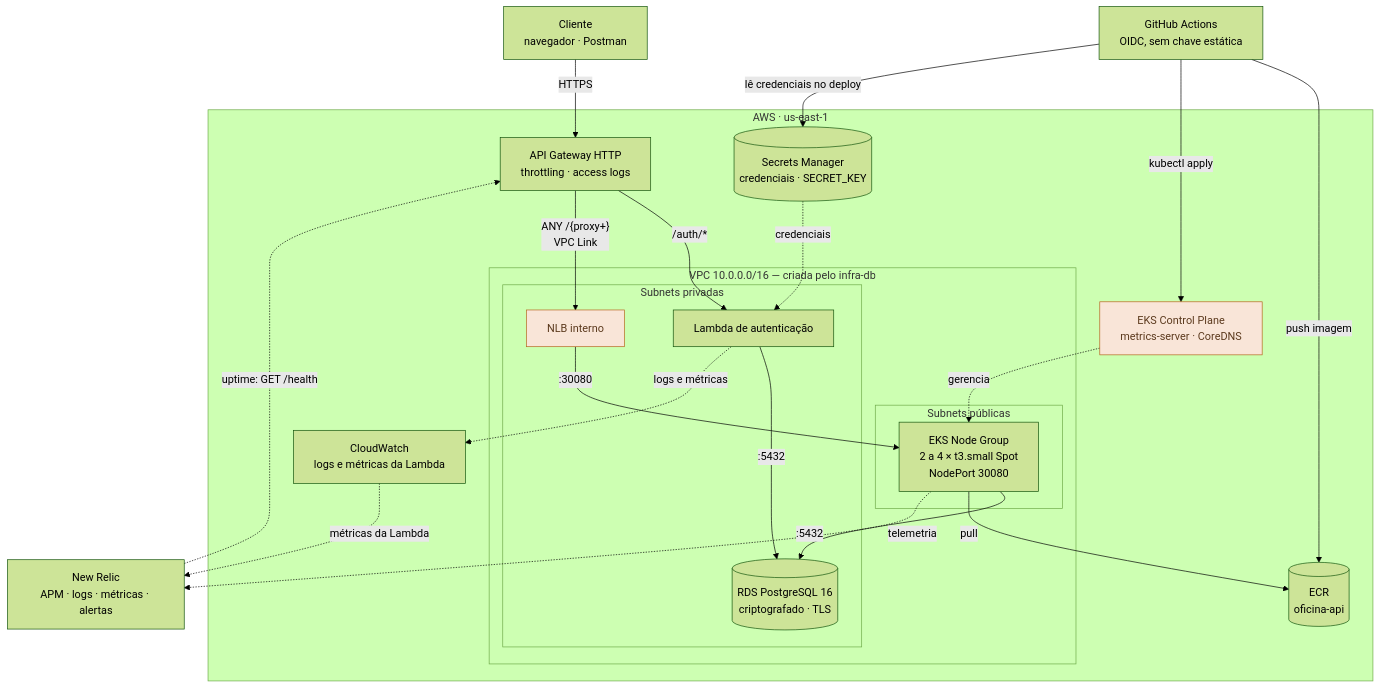
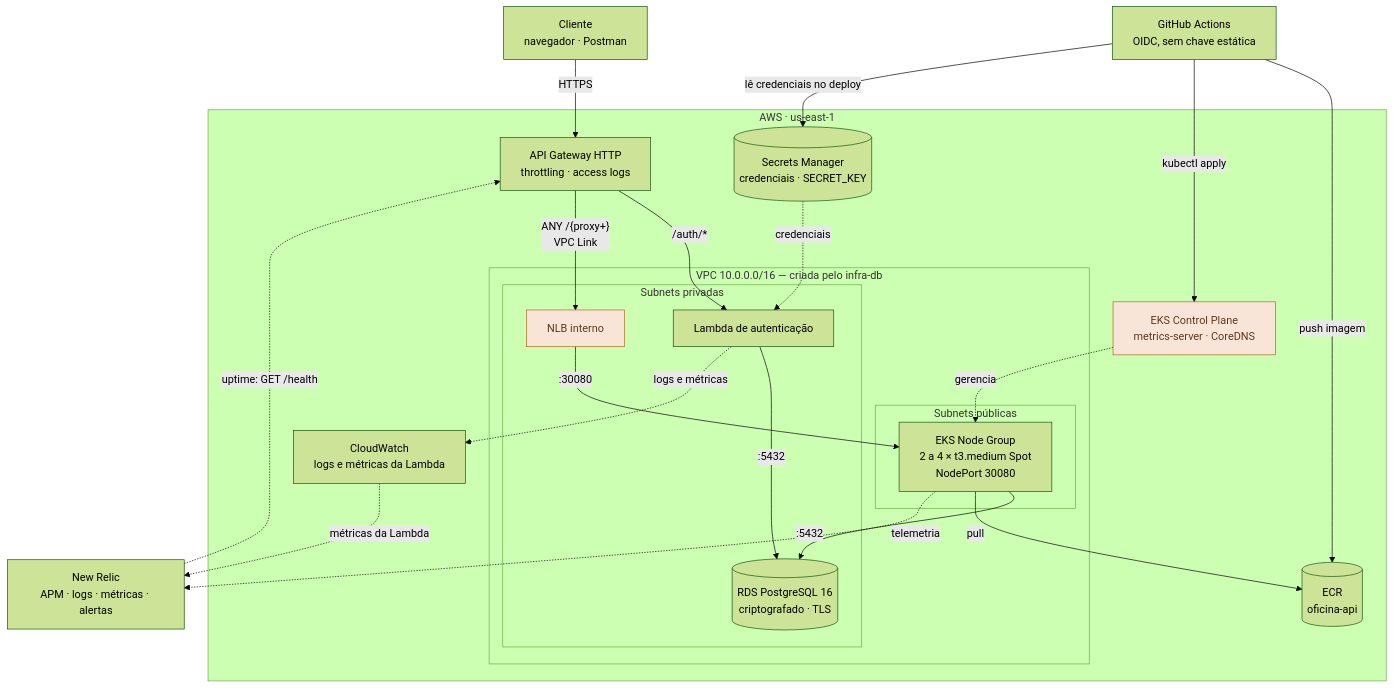
The first of 2 diagrams in README.md (pesant0s/tech-challenge-infra-k8s), drawn with Mermaid (forest theme) before and after one commit. The commit also changed other lines of this file and 4 other files, not shown here.

Commit message:
fix: nodes t3.medium para caber os pods de sistema, do New Relic e da API

````diff
--- a/README.md
+++ b/README.md
@@ -51,48 +51,48 @@
 ```mermaid
 flowchart TB
     cliente["Cliente<br/>navegador · Postman"]
 
     subgraph aws["AWS · us-east-1"]
         apigw["API Gateway HTTP<br/>throttling · access logs"]
 
         subgraph vpc["VPC 10.0.0.0/16 — criada pelo infra-db"]
             subgraph publicas["Subnets públicas"]
-                nodes["EKS Node Group<br/>2 a 4 × t3.small Spot<br/>NodePort 30080"]
+                nodes["EKS Node Group<br/>2 a 4 × t3.medium Spot<br/>NodePort 30080"]
             end
 
             subgraph privadas["Subnets privadas"]
                 nlb["NLB interno"]
                 rds[("RDS PostgreSQL 16<br/>criptografado · TLS")]
                 lambda["Lambda de autenticação"]
             end
         end
 
         ecr[("ECR<br/>oficina-api")]
         eks["EKS Control Plane<br/>metrics-server · CoreDNS"]
         sm[("Secrets Manager<br/>credenciais · SECRET_KEY")]
         cw["CloudWatch<br/>logs e métricas da Lambda"]
     end
 
     nr["New Relic<br/>APM · logs · métricas · alertas"]
     gh["GitHub Actions<br/>OIDC, sem chave estática"]
 
     cliente -->|HTTPS| apigw
     apigw -->|"/auth/*"| lambda
     apigw -->|"ANY /{proxy+}<br/>VPC Link"| nlb
     nlb -->|":30080"| nodes
     nodes -->|":5432"| rds
     lambda -->|":5432"| rds
     eks -.->|gerencia| nodes
     nodes -->|pull| ecr
     gh -->|push imagem| ecr
     gh -->|kubectl apply| eks
     nodes -.->|telemetria| nr
     lambda -.->|logs e métricas| cw
     cw -.->|métricas da Lambda| nr
     sm -.->|credenciais| lambda
     gh -->|lê credenciais no deploy| sm
     nr -.->|uptime: GET /health| apigw
 
     classDef custo fill:#f9e5d8,stroke:#b5651d,color:#5c3a1e
     class eks,nlb custo
 ```
````
